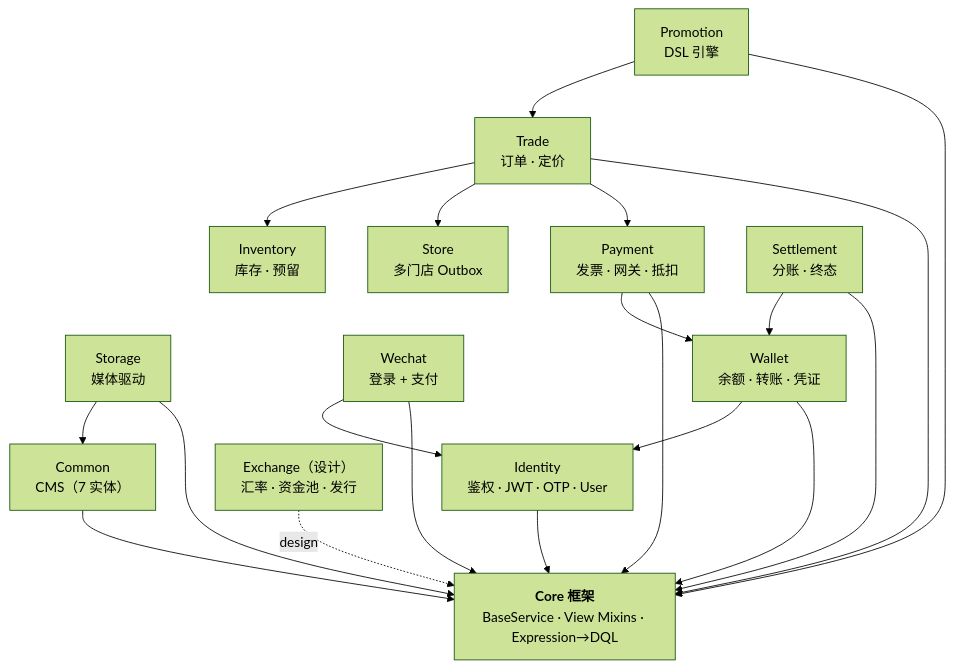
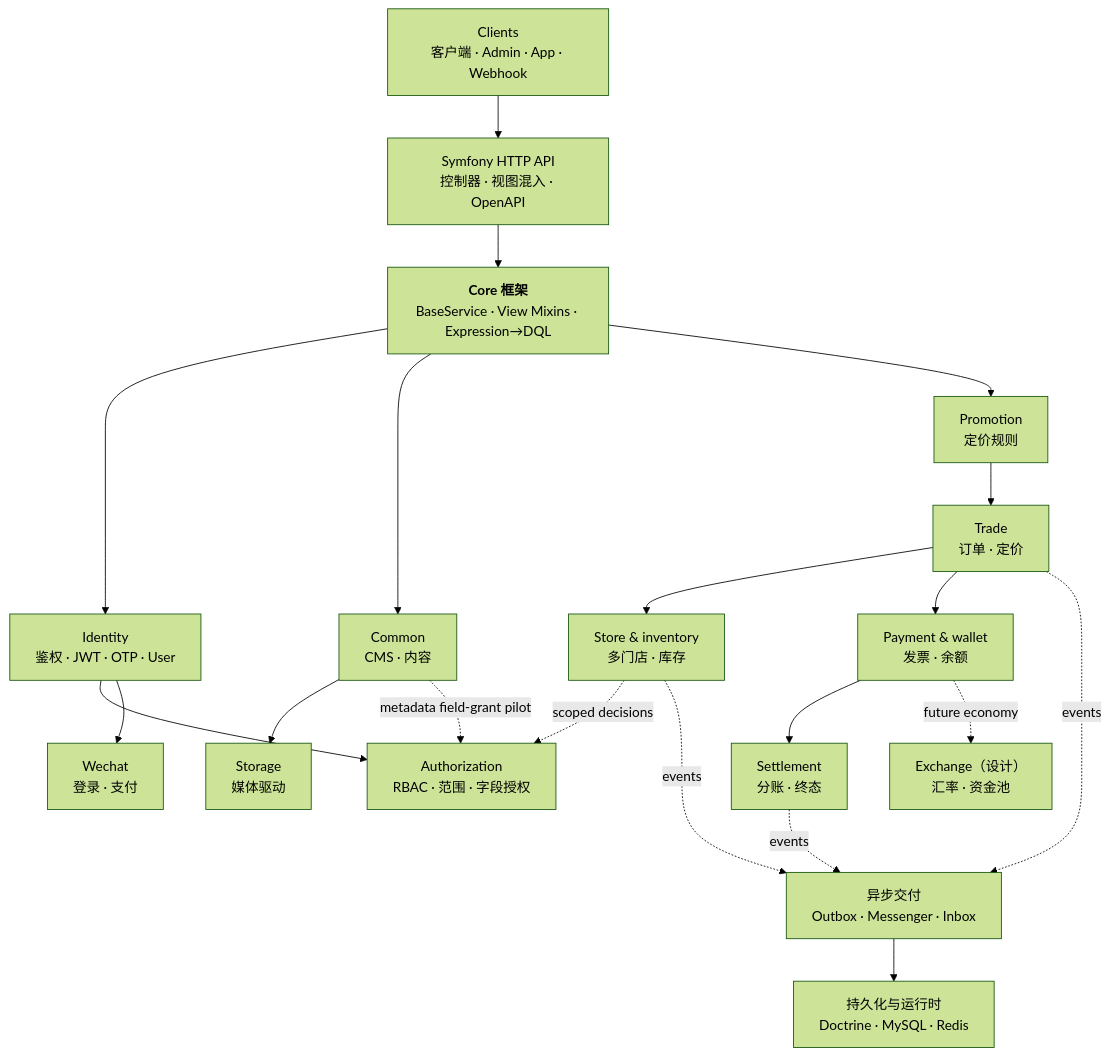
Before and after one commit to dream-studio-china/edc-online-membership: the first of 3 diagrams in README.zh-cn.md, drawn with Mermaid (forest theme). The commit also changed other lines of this file and 169 other files, not shown here.

````diff
--- a/README.zh-cn.md
+++ b/README.zh-cn.md
@@ -13,37 +13,38 @@
 ```mermaid
 flowchart TB
+    Client["Clients<br/>客户端 · Admin · App · Webhook"]
+    Api["Symfony HTTP API<br/>控制器 · 视图混入 · OpenAPI"]
     Core["<b>Core 框架</b><br/>BaseService · View Mixins · Expression→DQL"]
 
     Identity["Identity<br/>鉴权 · JWT · OTP · User"]
-    Common["Common<br/>CMS（7 实体）"]
+    Authorization["Authorization<br/>RBAC · 范围 · 字段授权"]
+    Common["Common<br/>CMS · 内容"]
     Storage["Storage<br/>媒体驱动"]
-    Wechat["Wechat<br/>登录 + 支付"]
-    Wallet["Wallet<br/>余额 · 转账 · 凭证"]
-    Payment["Payment<br/>发票 · 网关 · 抵扣"]
+    Promotion["Promotion<br/>定价规则"]
     Trade["Trade<br/>订单 · 定价"]
-    Store["Store<br/>多门店 Outbox"]
-    Inventory["Inventory<br/>库存 · 预留"]
-    Promotion["Promotion<br/>DSL 引擎"]
+    Fulfilment["Store & inventory<br/>多门店 · 库存"]
+    Payments["Payment & wallet<br/>发票 · 余额"]
+    Wechat["Wechat<br/>登录 · 支付"]
     Settlement["Settlement<br/>分账 · 终态"]
-    Exchange["Exchange（设计）<br/>汇率 · 资金池 · 发行"]
+    Exchange["Exchange（设计）<br/>汇率 · 资金池"]
+    Messaging["异步交付<br/>Outbox · Messenger · Inbox"]
+    Persistence["持久化与运行时<br/>Doctrine · MySQL · Redis"]
 
-    Identity --> Core
-    Common --> Core
-    Storage --> Core
-    Storage --> Common
-    Wechat --> Core
-    Wechat --> Identity
-    Wallet --> Core
-    Wallet --> Identity
-    Payment --> Core
-    Payment --> Wallet
-    Trade --> Core
-    Trade --> Payment
-    Trade --> Store
-    Trade --> Inventory
-    Promotion --> Core
+    Client --> Api --> Core
+    Core --> Identity
+    Core --> Common
+    Core --> Promotion
+    Identity --> Authorization
+    Identity --> Wechat
+    Common --> Storage
+    Common -. "metadata field-grant pilot" .-> Authorization
     Promotion --> Trade
-    Settlement --> Core
-    Settlement --> Wallet
-    Exchange -. "design" .-> Core
+    Trade --> Fulfilment
+    Trade --> Payments --> Settlement
+    Fulfilment -. "scoped decisions" .-> Authorization
+    Payments -. "future economy" .-> Exchange
+    Trade -. events .-> Messaging
+    Fulfilment -. events .-> Messaging
+    Settlement -. events .-> Messaging
+    Messaging --> Persistence
 ```
````
